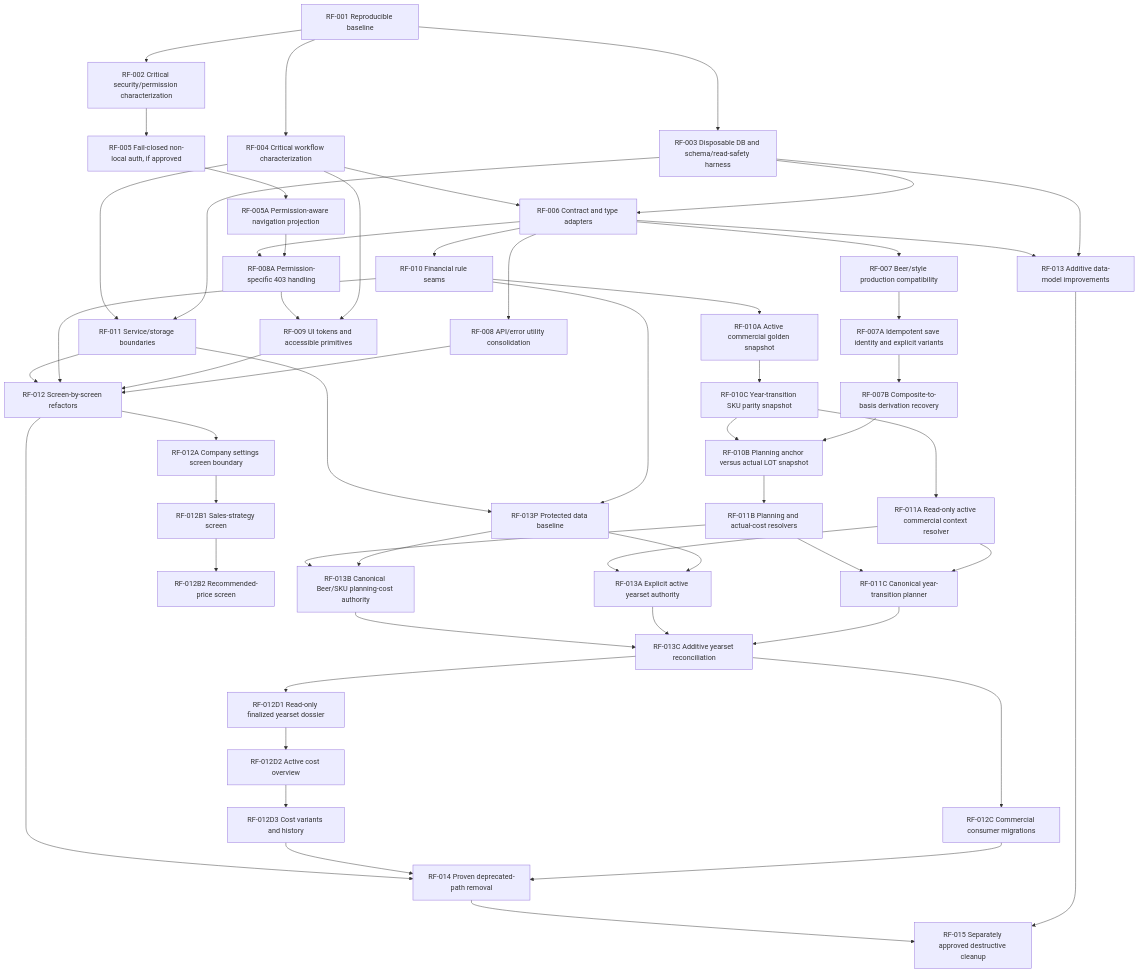
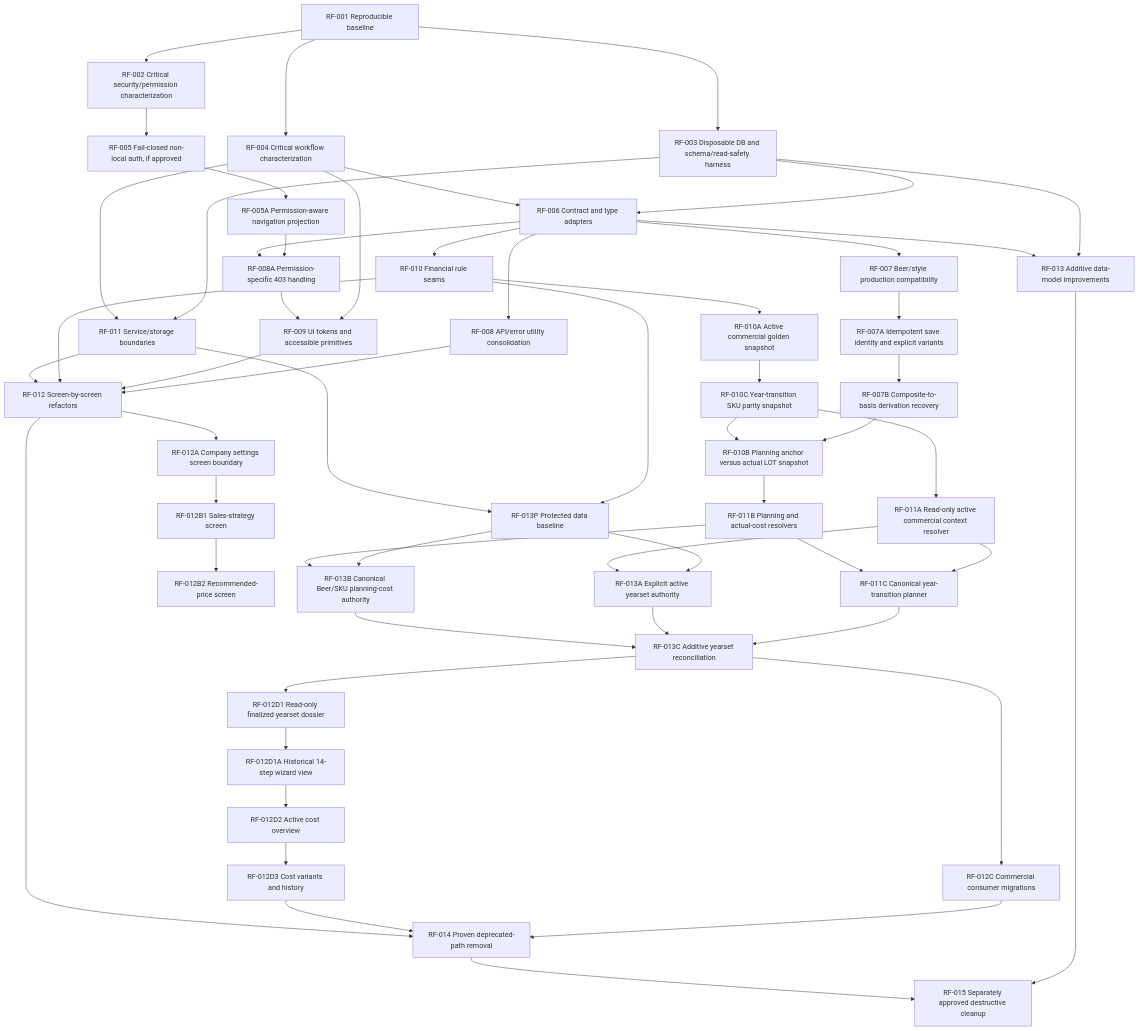
Before and after one commit to berlewaldebier-png/BerlewaldeCalculatietool: the first of 2 diagrams in docs/refactor-analysis/09-refactoring-roadmap.md, drawn with Mermaid. The commit also changed other lines of this file and 11 other files, not shown here.

````diff
--- a/docs/refactor-analysis/09-refactoring-roadmap.md
+++ b/docs/refactor-analysis/09-refactoring-roadmap.md
@@ -49,56 +49,57 @@
 ```mermaid
 flowchart TD
     R1["RF-001 Reproducible baseline"] --> R2["RF-002 Critical security/permission characterization"]
     R1 --> R3["RF-003 Disposable DB and schema/read-safety harness"]
     R1 --> R4["RF-004 Critical workflow characterization"]
     R2 --> R5["RF-005 Fail-closed non-local auth, if approved"]
     R5 --> R5A["RF-005A Permission-aware navigation projection"]
     R3 --> R6["RF-006 Contract and type adapters"]
     R4 --> R6
     R6 --> R7["RF-007 Beer/style production compatibility"]
     R7 --> R7A["RF-007A Idempotent save identity and explicit variants"]
     R7A --> R7B["RF-007B Composite-to-basis derivation recovery"]
     R6 --> R8["RF-008 API/error utility consolidation"]
     R5A --> R8A["RF-008A Permission-specific 403 handling"]
     R6 --> R8A
     R4 --> R9["RF-009 UI tokens and accessible primitives"]
     R8A --> R9
     R6 --> R10["RF-010 Financial rule seams"]
     R10 --> R10A["RF-010A Active commercial golden snapshot"]
     R10A --> R10C["RF-010C Year-transition SKU parity snapshot"]
     R7B --> R10B["RF-010B Planning anchor versus actual LOT snapshot"]
     R10C --> R10B
     R3 --> R11["RF-011 Service/storage boundaries"]
     R4 --> R11
     R10C --> R11A["RF-011A Read-only active commercial context resolver"]
     R10B --> R11B["RF-011B Planning and actual-cost resolvers"]
     R11A --> R11C["RF-011C Canonical year-transition planner"]
     R11B --> R11C
     R8 --> R12["RF-012 Screen-by-screen refactors"]
     R9 --> R12
     R10 --> R12
     R11 --> R12
     R12 --> R12A["RF-012A Company settings screen boundary"]
     R12A --> R12B1["RF-012B1 Sales-strategy screen"]
     R12B1 --> R12B2["RF-012B2 Recommended-price screen"]
     R3 --> R13["RF-013 Additive data-model improvements"]
     R6 --> R13
     R10 --> R13P["RF-013P Protected data baseline"]
     R11 --> R13P
     R13P --> R13A
     R13P --> R13B
     R11A --> R13A["RF-013A Explicit active yearset authority"]
     R11B --> R13B["RF-013B Canonical Beer/SKU planning-cost authority"]
     R11C --> R13C["RF-013C Additive yearset reconciliation"]
     R13A --> R13C
     R13B --> R13C
     R13C --> R12C["RF-012C Commercial consumer migrations"]
     R13C --> R12D1["RF-012D1 Read-only finalized yearset dossier"]
-    R12D1 --> R12D2["RF-012D2 Active cost overview"]
+    R12D1 --> R12D1A["RF-012D1A Historical 14-step wizard view"]
+    R12D1A --> R12D2["RF-012D2 Active cost overview"]
     R12D2 --> R12D3["RF-012D3 Cost variants and history"]
     R12C --> R14
     R12D3 --> R14
     R12 --> R14["RF-014 Proven deprecated-path removal"]
     R13 --> R15["RF-015 Separately approved destructive cleanup"]
     R14 --> R15
 ```
````
